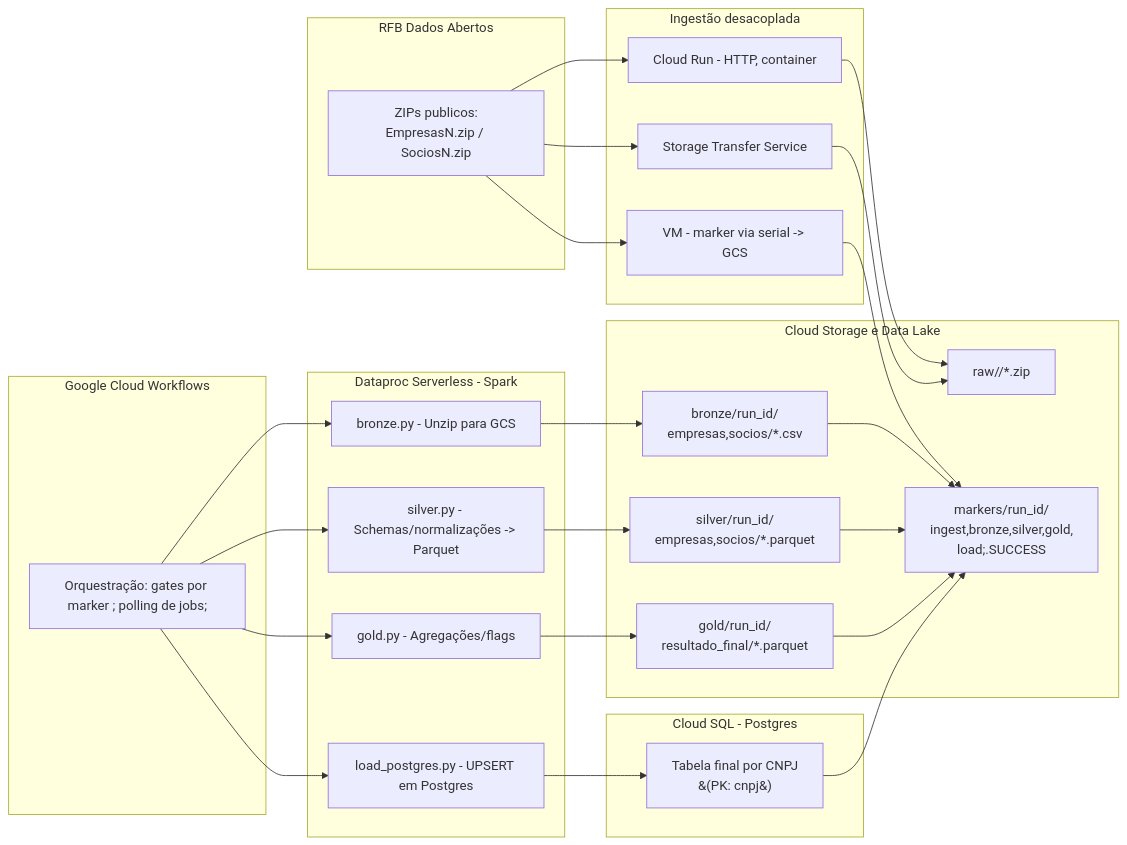
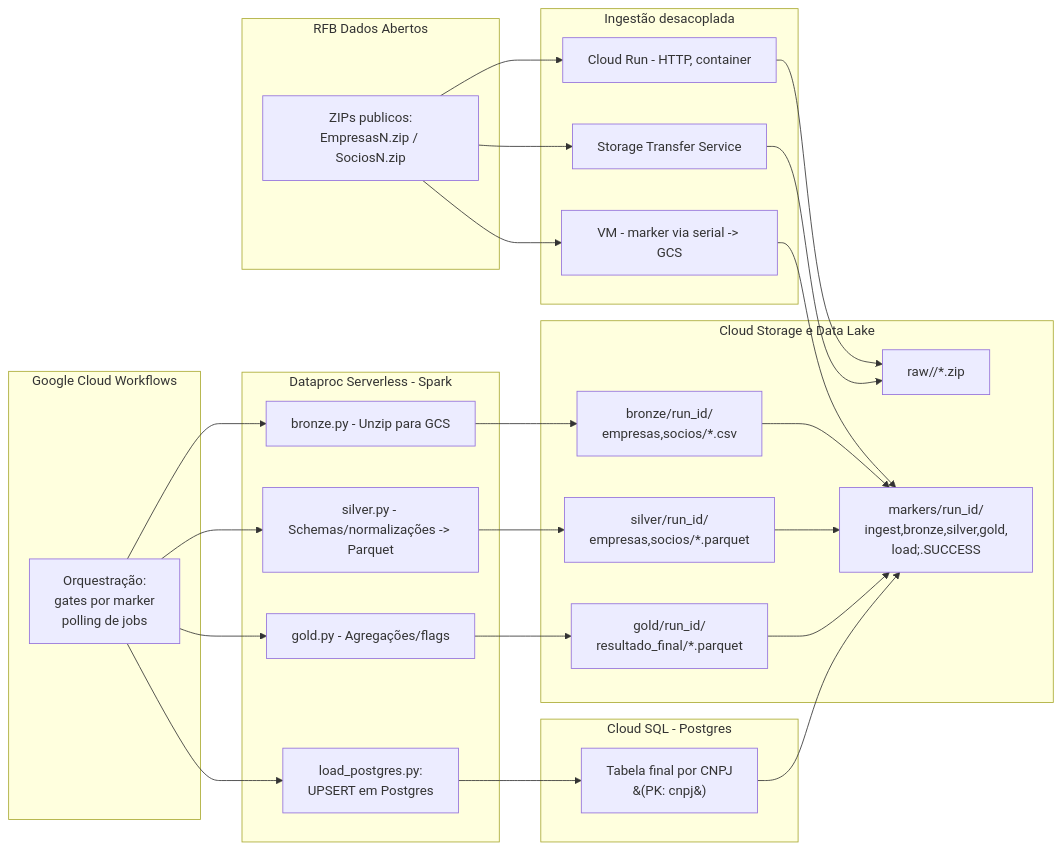
The diagram in README.md (jaquerando/case_stone), drawn with Mermaid before and after one commit.

````diff
--- a/README.md
+++ b/README.md
@@ -48,54 +48,54 @@
 ```mermaid
 flowchart LR
 
   %% === SOURCES ===
   subgraph SRC["RFB Dados Abertos"]
     s1["ZIPs publicos:<br/>EmpresasN.zip / SociosN.zip"]
   end
 
   %% === INGEST ===
   subgraph ING["Ingestão desacoplada"]
     A["Cloud Run - HTTP, container"]
     B["Storage Transfer Service"]
     C["VM - marker via serial -> GCS"]
   end
 
   %% === STORAGE ===
   subgraph GCS["Cloud Storage e Data Lake"]
     raw["raw/<run_id>/*.zip"]
     brz["bronze/run_id/<br/>empresas,socios/*.csv"]
     slv["silver/run_id/<br/>empresas,socios/*.parquet"]
     gld["gold/run_id/<br/>resultado_final/*.parquet"]
     mrk["markers/run_id/<br/>ingest,bronze,silver,gold, <br/>load;.SUCCESS"]
   end
 
   %% === WORKFLOWS ===
   subgraph WF["Google Cloud Workflows"]
-    wf1["Orquestração: gates por marker ; polling de jobs;"]
+    wf1["Orquestração: <br/>gates por marker <br/> polling de jobs"]
   end
 
   %% === SPARK ===
   subgraph DP["Dataproc Serverless - Spark"]
     p1["bronze.py - Unzip para GCS"]
     p2["silver.py - Schemas/normalizações -> Parquet"]
     p3["gold.py - Agregações/flags"]
-    p4["load_postgres.py - UPSERT em Postgres"]
+    p4["load_postgres.py: <br/>UPSERT em Postgres"]
   end
 
   %% === DB ===
   subgraph SQL["Cloud SQL - Postgres "]
     tbl["Tabela final por CNPJ<br/>&#40;PK: cnpj&#41;"]
   end
 
   %% === FLOWS ===
   s1 --> A & B & C
 
   A --> raw
   B --> raw
   C --> mrk
 
   wf1 --> p1 --> brz --> mrk
   wf1 --> p2 --> slv --> mrk
   wf1 --> p3 --> gld --> mrk
   wf1 --> p4 --> tbl --> mrk
 ```
````
